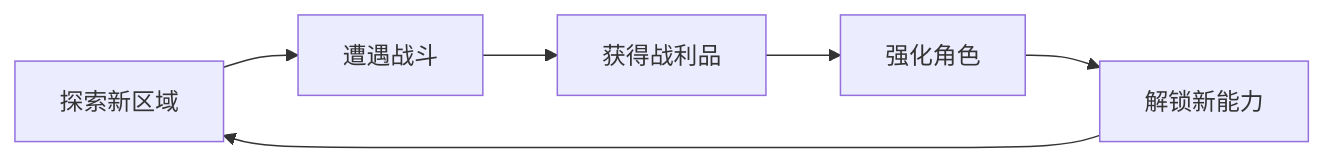
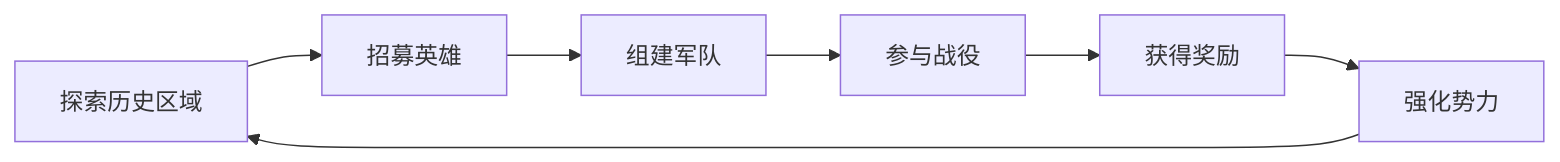
The diagram in AI驱动游戏创作101/ep07-datas/ep07-1-游戏机制设计.md (chutianshu1981/AwesomeUnityTutorial), drawn with Mermaid before and after one commit. The commit also changed other lines of this file and 10 other files, not shown here.

````diff
--- a/AI驱动游戏创作101/ep07-datas/ep07-1-游戏机制设计.md
+++ b/AI驱动游戏创作101/ep07-datas/ep07-1-游戏机制设计.md
@@ -53,8 +54,9 @@
 ```mermaid
 graph LR
-    A[探索新区域] --> B[遭遇战斗]
-    B --> C[获得战利品]
-    C --> D[强化角色]
-    D --> E[解锁新能力]
-    E --> A
+    A[探索历史区域] --> B[招募英雄]
+    B --> C[组建军队]
+    C --> D[参与战役]
+    D --> E[获得奖励]
+    E --> F[强化势力]
+    F --> A
 ```
````
